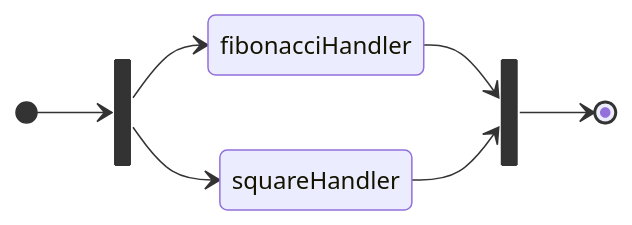
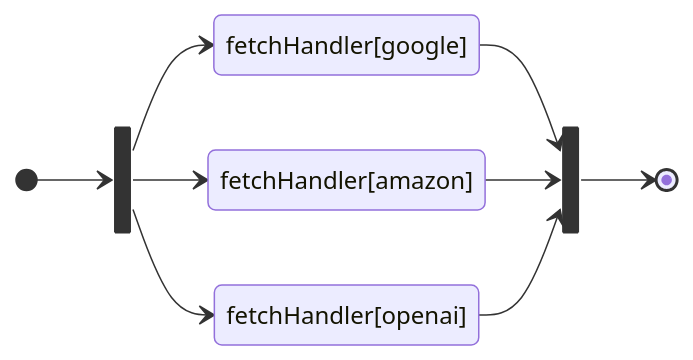
Before and after one commit to commandn/pipes: the first of 2 diagrams in example/README.md, drawn with Mermaid. The commit also changed other lines of this file and 2 other files, not shown here.

Commit message:
modify example: common store

````diff
--- a/example/README.md
+++ b/example/README.md
@@ -7,14 +9,16 @@
 ```mermaid
 stateDiagram-v2
     direction LR
     
     state fork_state <<fork>>
     [*] --> fork_state
-    fork_state --> fibonacciHandler
-    fork_state --> squareHandler
+    fork_state --> fetchHandler[google]
+    fork_state --> fetchHandler[amazon]
+    fork_state --> fetchHandler[openai]
 
     state join_state <<join>>
-    fibonacciHandler --> join_state
-    squareHandler --> join_state
+    fetchHandler[google] --> join_state
+    fetchHandler[amazon] --> join_state
+    fetchHandler[openai] --> join_state
     join_state --> [*]
 ```
````
